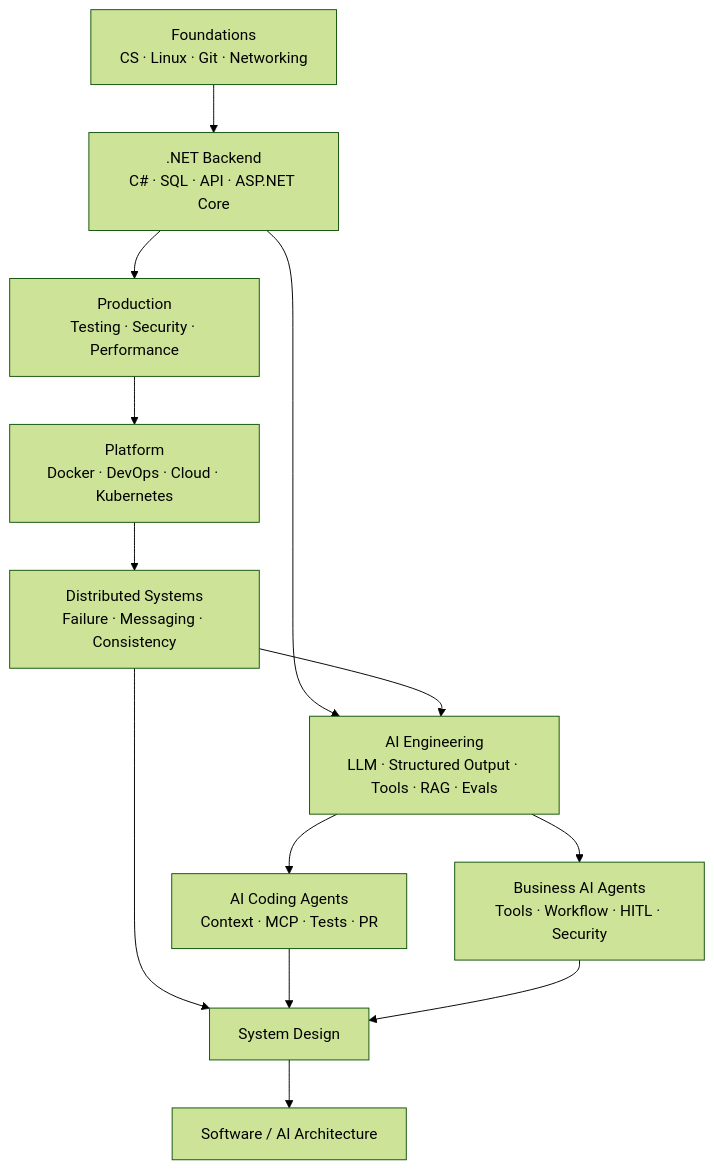
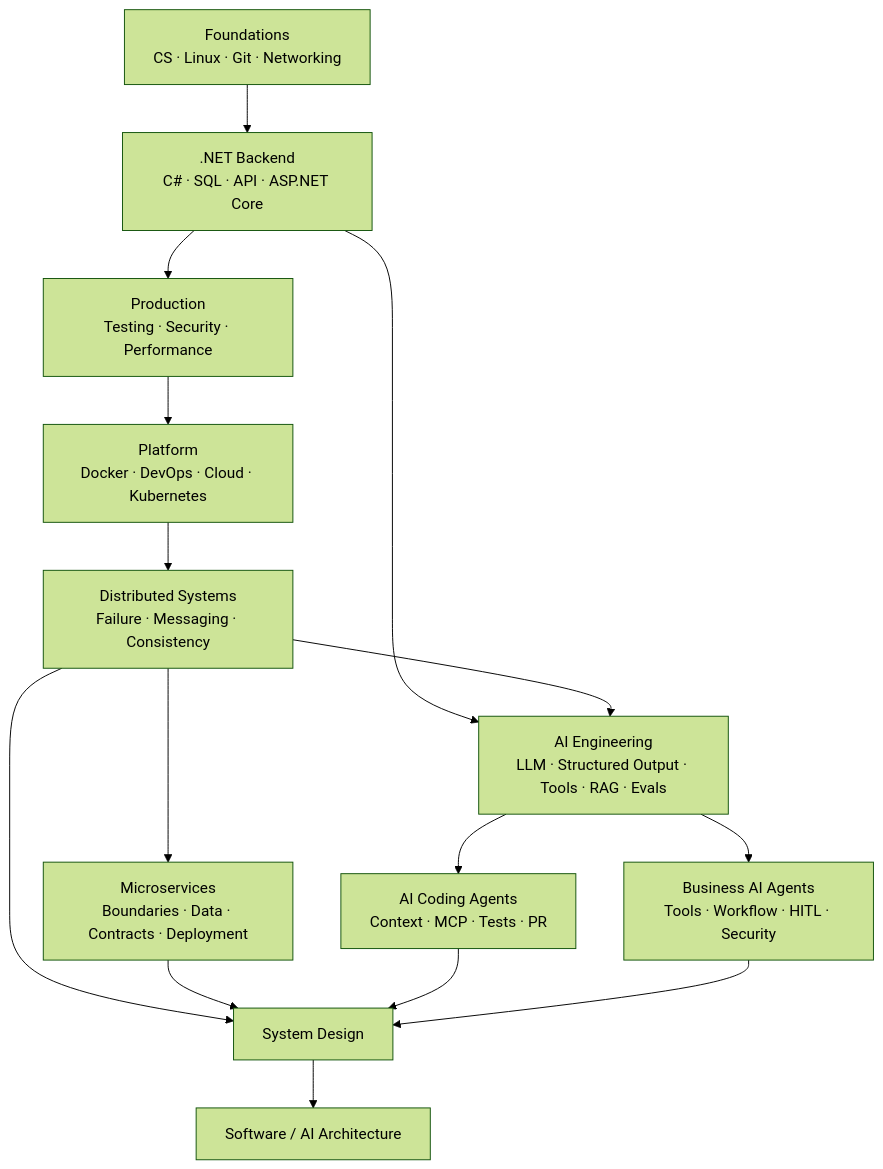
Before and after one commit to Trinhduyet/trinhduyet.github.io: the diagram in docs/index.md, drawn with Mermaid (forest theme). The commit also changed other lines of this file and 11 other files, not shown here.

First line of the commit message:
docs: add code-first Microservices Architecture module

````diff
--- a/docs/index.md
+++ b/docs/index.md
@@ -74,15 +83,17 @@
 ```mermaid
 flowchart TD
     A[Foundations\nCS · Linux · Git · Networking] --> B[.NET Backend\nC# · SQL · API · ASP.NET Core]
     B --> C[Production\nTesting · Security · Performance]
     C --> D[Platform\nDocker · DevOps · Cloud · Kubernetes]
     D --> E[Distributed Systems\nFailure · Messaging · Consistency]
+    E --> M[Microservices\nBoundaries · Data · Contracts · Deployment]
     B --> F[AI Engineering\nLLM · Structured Output · Tools · RAG · Evals]
     E --> F
     F --> CA[AI Coding Agents\nContext · MCP · Tests · PR]
     F --> AG[Business AI Agents\nTools · Workflow · HITL · Security]
     E --> S[System Design]
+    M --> S
     CA --> S
     AG --> S
     S --> H[Software / AI Architecture]
 ```
````
